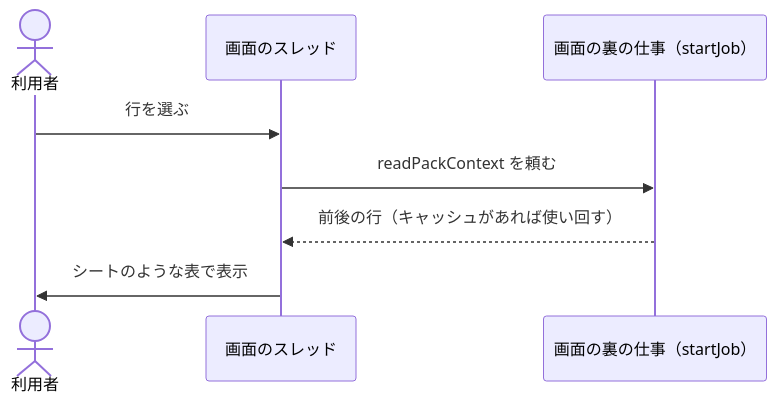
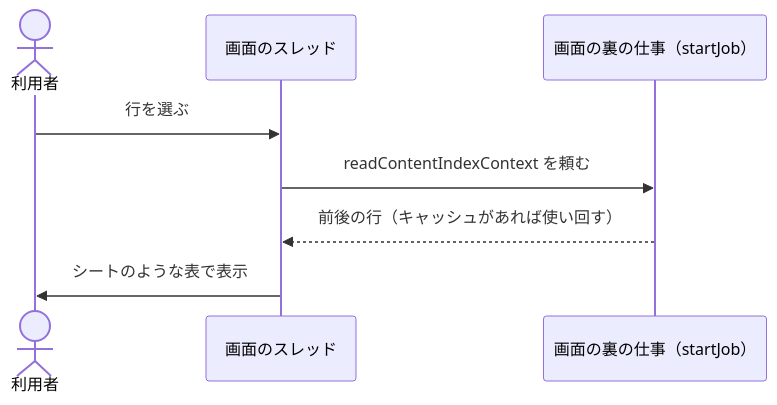
One commit to hsgwa/tebunko changed the first of 2 diagrams in docs/design/gui/preview.md. Above: the diagram before and after it, drawn with Mermaid. The commit also changed other lines of this file and 81 other files, not shown here.

First line of the commit message:
refactor: 集約ファイル（pack）のコードの名前を本文インデックス（contentIndex）に改める (#185)

````diff
--- a/docs/design/gui/preview.md
+++ b/docs/design/gui/preview.md
@@ -7,11 +7,11 @@
 ```mermaid
 sequenceDiagram
     actor U as 利用者
     participant G as 画面のスレッド
     participant B as 画面の裏の仕事（startJob）
 
     U->>G: 行を選ぶ
-    G->>B: readPackContext を頼む
+    G->>B: readContentIndexContext を頼む
     B-->>G: 前後の行（キャッシュがあれば使い回す）
     G->>U: シートのような表で表示
 ```
````
